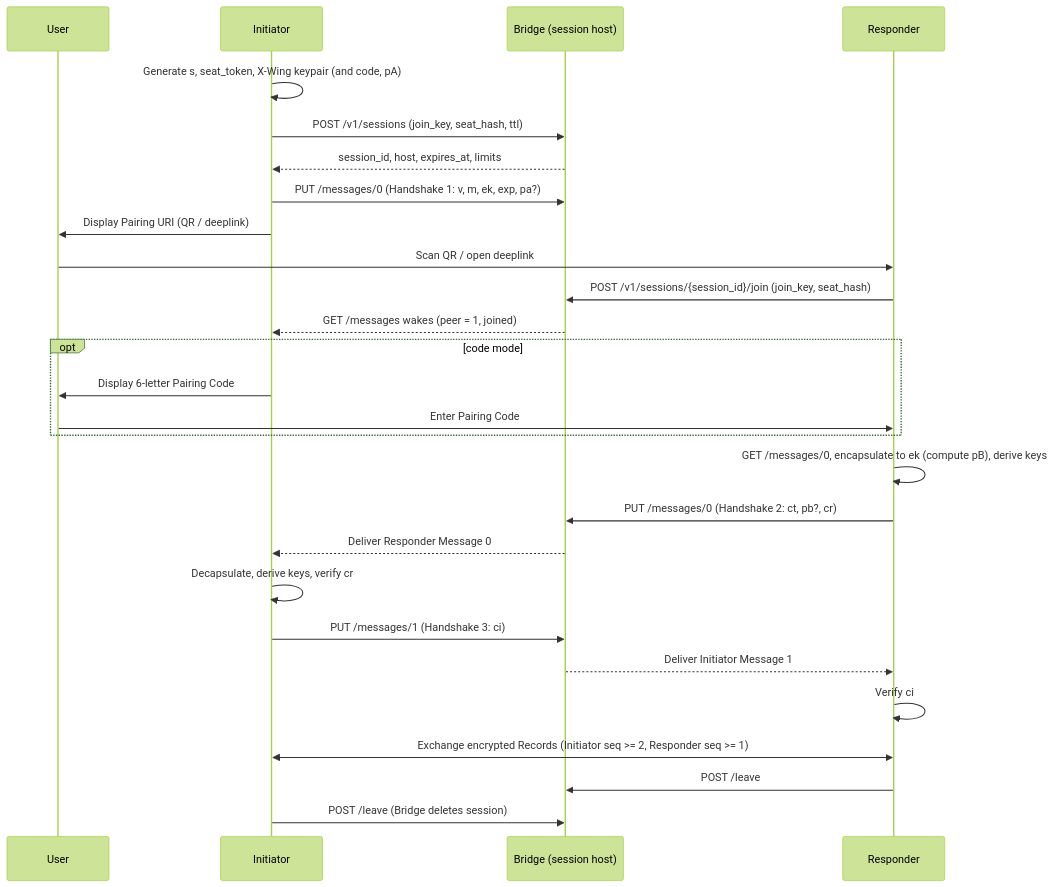
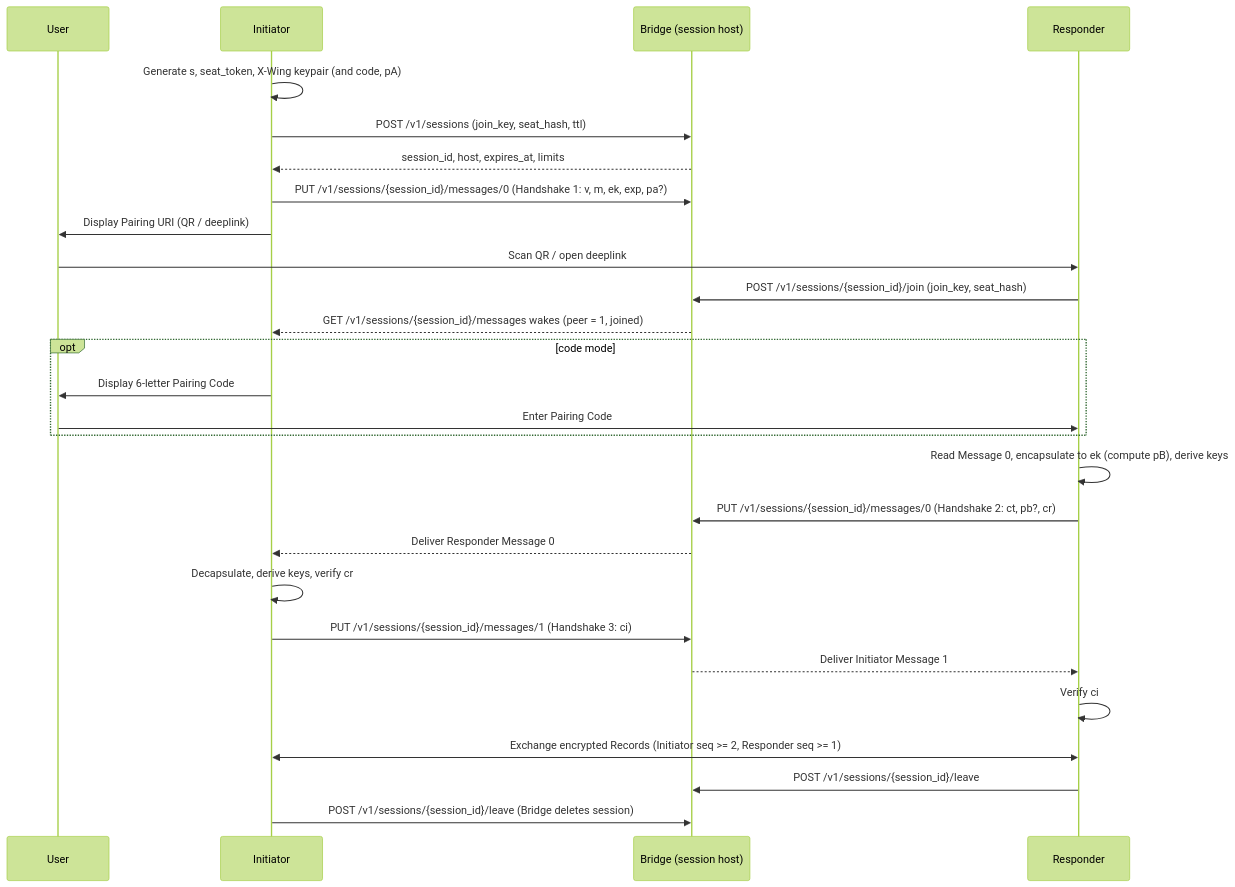
Before and after one commit to worldcoin/world-id-protocol: the diagram in docs/WIPs/wip-110.md, drawn with Mermaid (forest theme). The commit also changed other lines of this file, not shown here.

Commit message:
docs(wip-110): use explicit /v1/sessions paths and drop user-action rule

````diff
--- a/docs/WIPs/wip-110.md
+++ b/docs/WIPs/wip-110.md
@@ -59,30 +59,30 @@
 ```mermaid
 sequenceDiagram
     participant u as User
     participant i as Initiator
     participant b as Bridge (session host)
     participant r as Responder
 
     i->>i: Generate s, seat_token, X-Wing keypair (and code, pA)
     i->>b: POST /v1/sessions (join_key, seat_hash, ttl)
     b-->>i: session_id, host, expires_at, limits
-    i->>b: PUT /messages/0 (Handshake 1: v, m, ek, exp, pa?)
+    i->>b: PUT /v1/sessions/{session_id}/messages/0 (Handshake 1: v, m, ek, exp, pa?)
     i->>u: Display Pairing URI (QR / deeplink)
     u->>r: Scan QR / open deeplink
     r->>b: POST /v1/sessions/{session_id}/join (join_key, seat_hash)
-    b-->>i: GET /messages wakes (peer = 1, joined)
+    b-->>i: GET /v1/sessions/{session_id}/messages wakes (peer = 1, joined)
     opt code mode
         i->>u: Display 6-letter Pairing Code
         u->>r: Enter Pairing Code
     end
-    r->>r: GET /messages/0, encapsulate to ek (compute pB), derive keys
-    r->>b: PUT /messages/0 (Handshake 2: ct, pb?, cr)
+    r->>r: Read Message 0, encapsulate to ek (compute pB), derive keys
+    r->>b: PUT /v1/sessions/{session_id}/messages/0 (Handshake 2: ct, pb?, cr)
     b-->>i: Deliver Responder Message 0
     i->>i: Decapsulate, derive keys, verify cr
-    i->>b: PUT /messages/1 (Handshake 3: ci)
+    i->>b: PUT /v1/sessions/{session_id}/messages/1 (Handshake 3: ci)
     b-->>r: Deliver Initiator Message 1
     r->>r: Verify ci
     i<<->>r: Exchange encrypted Records (Initiator seq >= 2, Responder seq >= 1)
-    r->>b: POST /leave
-    i->>b: POST /leave (Bridge deletes session)
+    r->>b: POST /v1/sessions/{session_id}/leave
+    i->>b: POST /v1/sessions/{session_id}/leave (Bridge deletes session)
 ```
````
